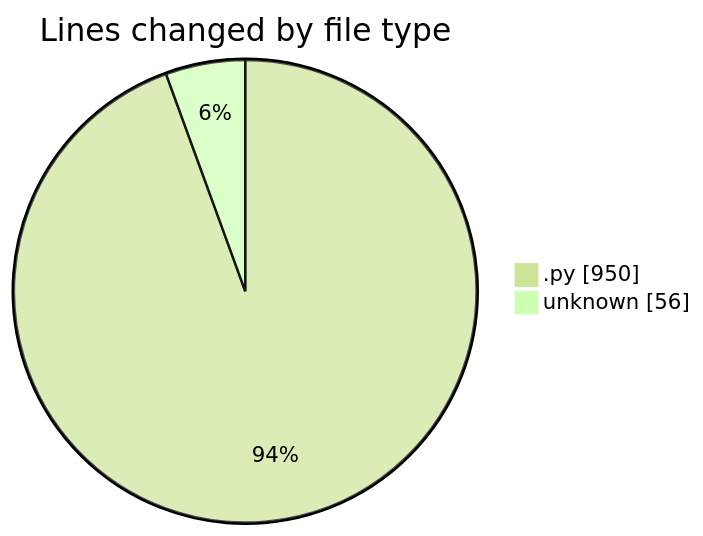
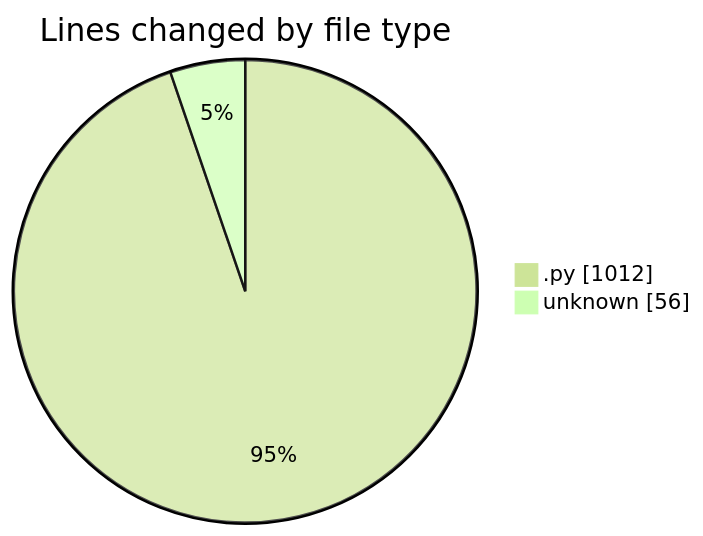
One commit to MatusMokan/code-tracking changed the first of 2 diagrams in 2025-03-17/myws__workspace_/README.md. Above: the diagram before and after it, drawn with Mermaid (forest theme). The commit also changed other lines of this file and 1 other file, not shown here.

````diff
--- a/2025-03-17/myws__workspace_/README.md
+++ b/2025-03-17/myws__workspace_/README.md
@@ -24,6 +25,6 @@
 ```mermaid
 pie showData
 title Lines changed by file type
-".py" : 950
+".py" : 1012
 "unknown" : 56
 ```
````
